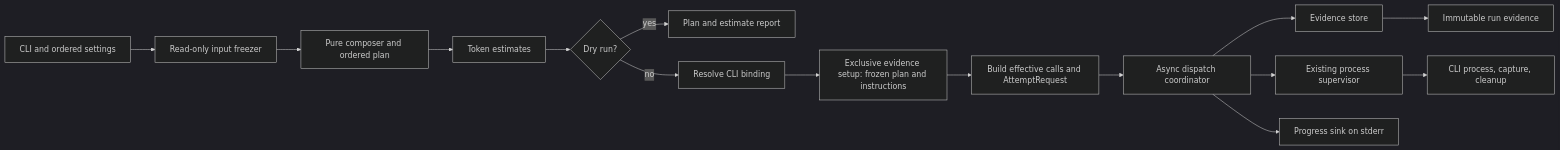
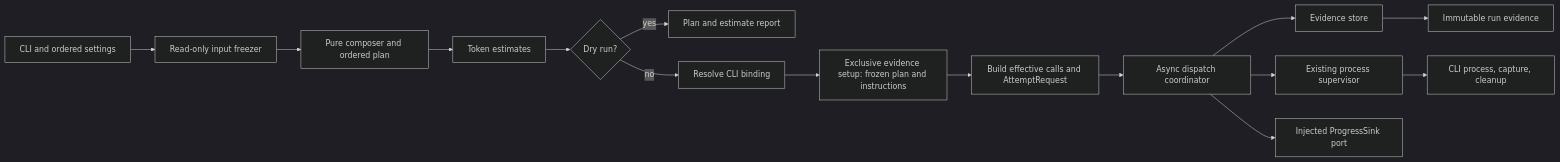
The first of 2 diagrams in doc/feat/reviewer/engineering/evaluation/evaluation-harness/architecture.md (msitarz/ataraxia), drawn with Mermaid (dark theme) before and after one commit. The commit also changed other lines of this file and 6 other files, not shown here.

````diff
--- a/doc/feat/reviewer/engineering/evaluation/evaluation-harness/architecture.md
+++ b/doc/feat/reviewer/engineering/evaluation/evaluation-harness/architecture.md
@@ -622,17 +658,17 @@
 ```mermaid
 flowchart LR
     CLI[CLI and ordered settings] --> PREP[Read-only input freezer]
     PREP --> PLAN[Pure composer and ordered plan]
     PLAN --> EST[Token estimates]
     EST --> DRY{Dry run?}
     DRY -->|yes| REPORT[Plan and estimate report]
     DRY -->|no| BIND[Resolve CLI binding]
     BIND --> INIT[Exclusive evidence setup: frozen plan and instructions]
     INIT --> REQUEST[Build effective calls and AttemptRequest]
     REQUEST --> COORD[Async dispatch coordinator]
     COORD --> STORE[Evidence store]
     COORD --> SUP[Existing process supervisor]
-    COORD --> PROGRESS[Progress sink on stderr]
+    COORD --> PROGRESS[Injected ProgressSink port]
     SUP --> OS[CLI process, capture, cleanup]
     STORE --> RUN[Immutable run evidence]
 ```
````
